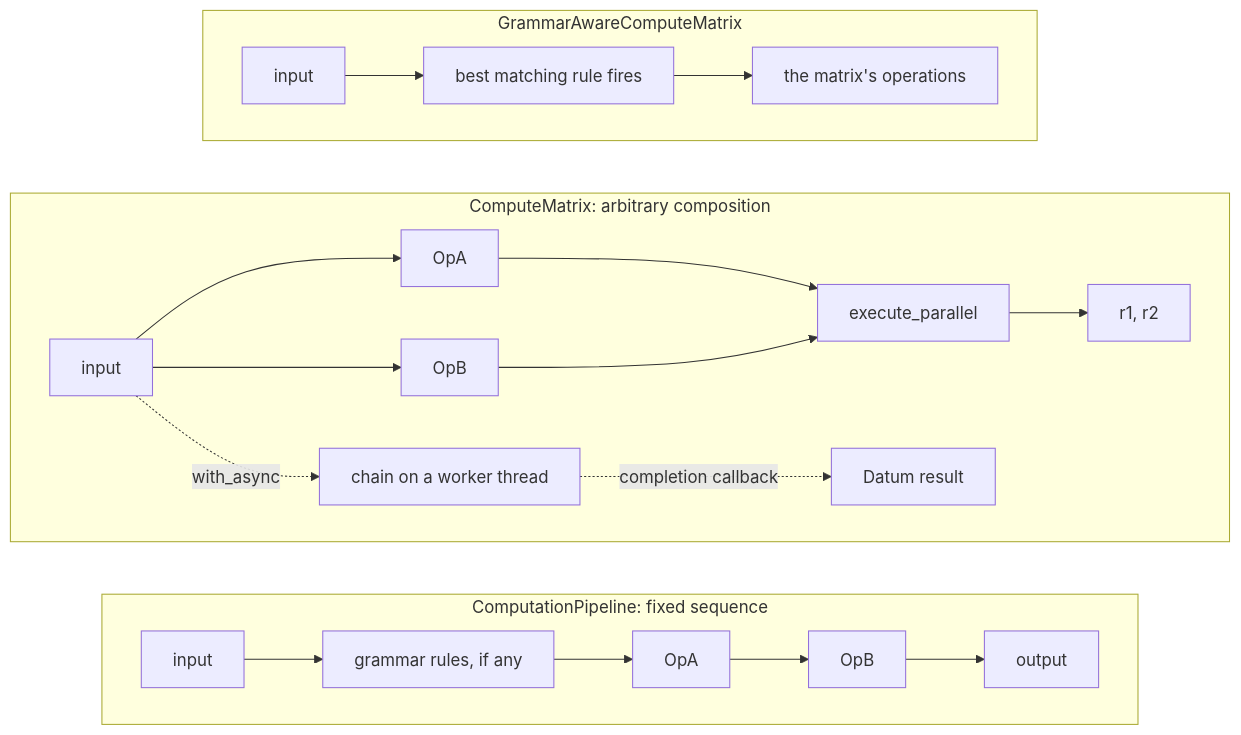
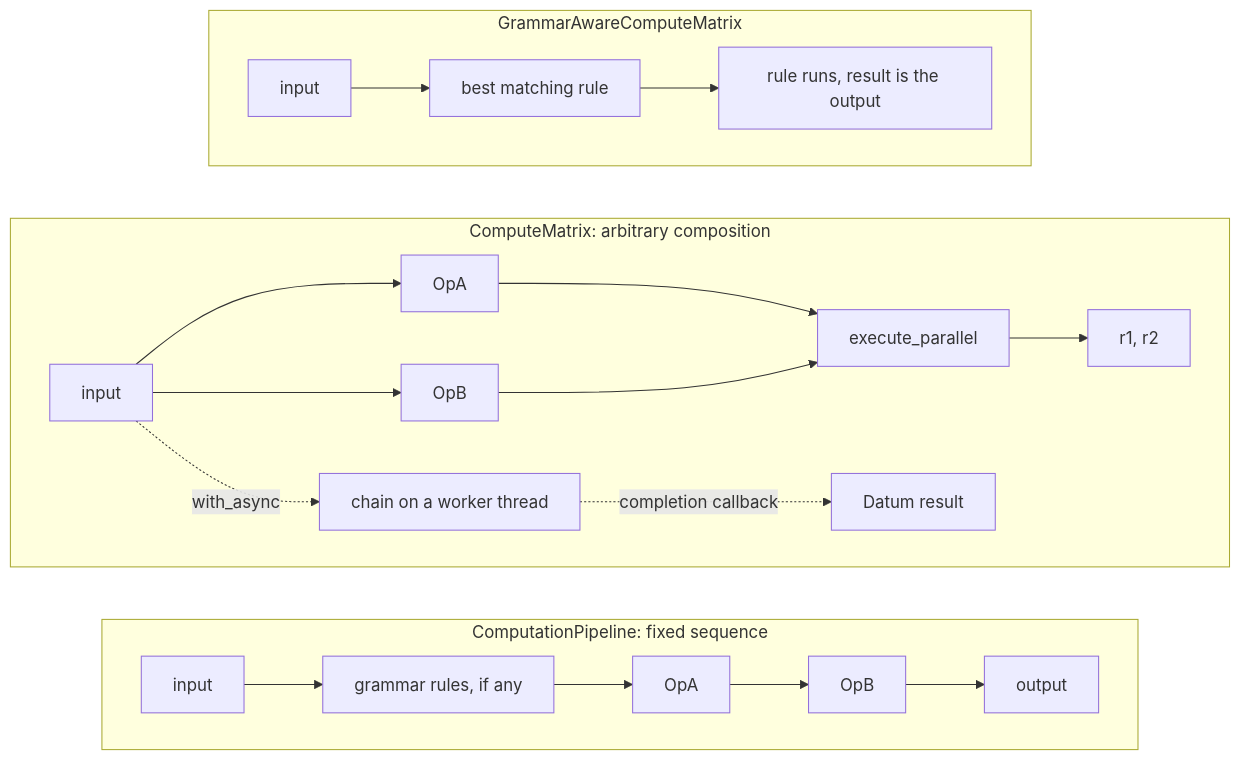
One commit to MayaFlux/MayaFlux changed the tenth of 14 diagrams in docs/GPGPU-Guide.md. Above: the diagram before and after it, drawn with Mermaid. The commit also changed other lines of this file and 3 other files, not shown here.

````diff
--- a/docs/GPGPU-Guide.md
+++ b/docs/GPGPU-Guide.md
@@ -607,21 +747,21 @@
 ```mermaid
 flowchart LR
     subgraph P["ComputationPipeline: fixed sequence"]
         direction LR
         p0["input"] --> pg["grammar rules, if any"] --> p1["OpA"] --> p2["OpB"] --> p3["output"]
     end
     subgraph M["ComputeMatrix: arbitrary composition"]
         direction LR
         m0["input"] --> mA["OpA"]
         m0 --> mB["OpB"]
         mA --> mj["execute_parallel"]
         mB --> mj
         mj --> mr["r1, r2"]
         m0 -.->|"with_async"| mt["chain on a worker thread"]
         mt -.->|"completion callback"| md["Datum result"]
     end
     subgraph G["GrammarAwareComputeMatrix"]
         direction LR
-        g0["input"] --> gr["best matching rule fires"] --> gm["the matrix's operations"]
+        g0["input"] --> gr["best matching rule"] --> gm["rule runs, result is the output"]
     end
 ```
````
